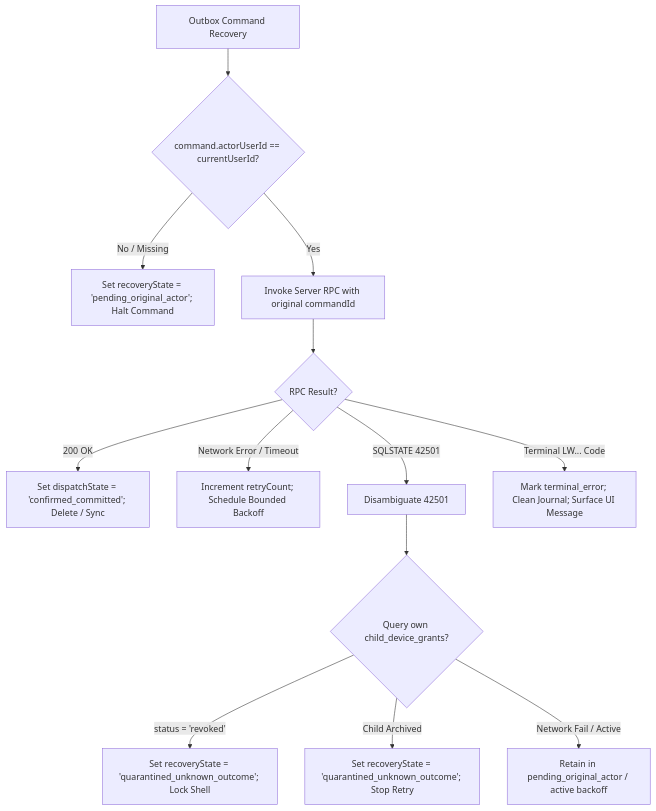
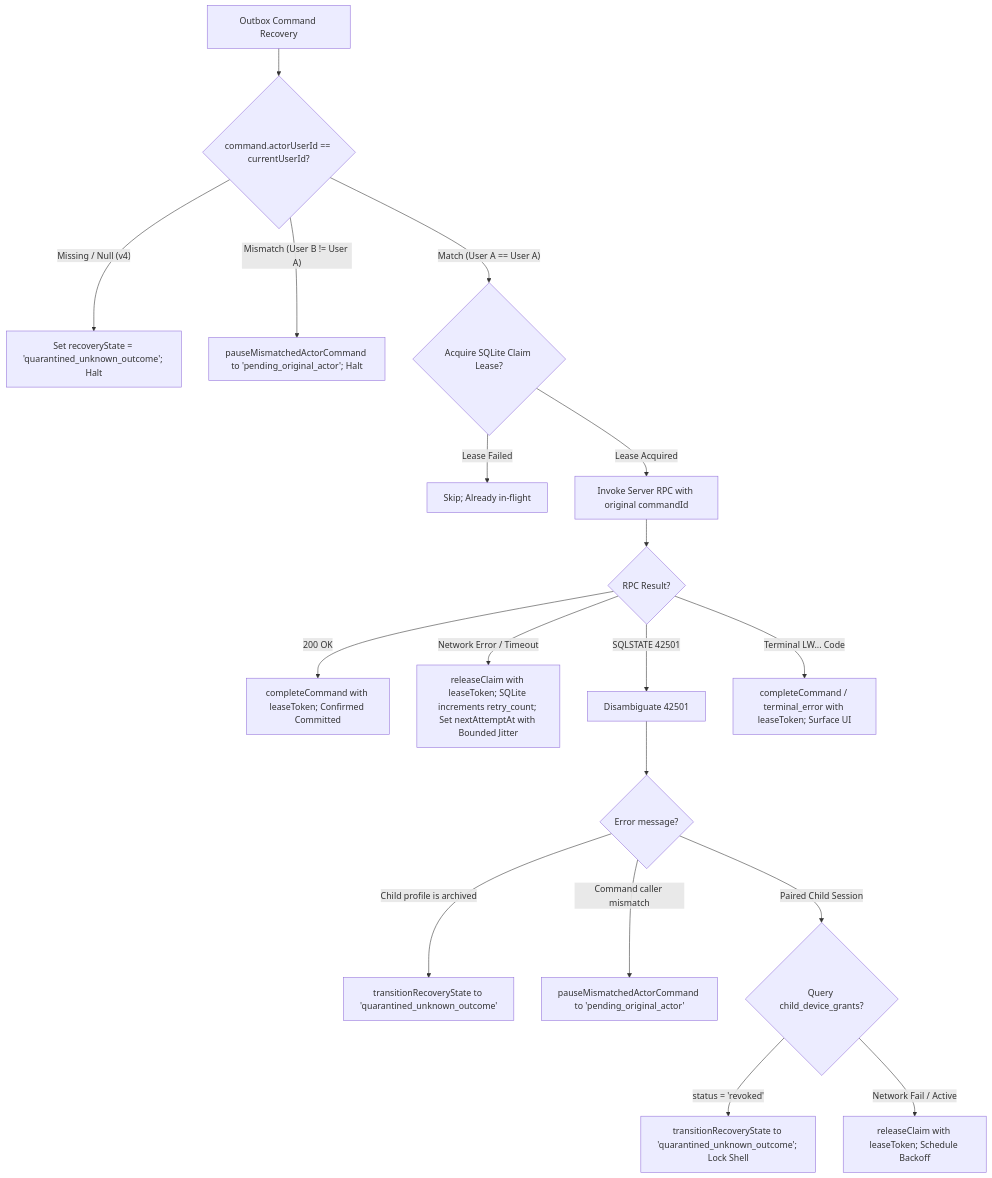
One commit to thedusk4203/LearnWard changed the second of 3 diagrams in docs/18-phase-6-actor-aware-offline-recovery-readiness-review.md. Above: the diagram before and after it, drawn with Mermaid. The commit also changed other lines of this file and 1 other file, not shown here.

First line of the commit message:
docs(phase-6): correct Drift v5 freeze errata and refine Slice 4A recovery readiness review (#22)

````diff
--- a/docs/18-phase-6-actor-aware-offline-recovery-readiness-review.md
+++ b/docs/18-phase-6-actor-aware-offline-recovery-readiness-review.md
@@ -79,17 +273,23 @@
 ```mermaid
 flowchart TD
     Start[Outbox Command Recovery] --> CheckActor{command.actorUserId == currentUserId?}
-    CheckActor -- No / Missing --> PauseActor[Set recoveryState = 'pending_original_actor'; Halt Command]
-    CheckActor -- Yes --> DispatchRPC[Invoke Server RPC with original commandId]
+    CheckActor -- Missing / Null (v4) --> QuarantineV4[Set recoveryState = 'quarantined_unknown_outcome'; Halt]
+    CheckActor -- Mismatch (User B != User A) --> PauseActor[pauseMismatchedActorCommand to 'pending_original_actor'; Halt]
+    CheckActor -- Match (User A == User A) --> CheckLease{Acquire SQLite Claim Lease?}
+    CheckLease -- Lease Failed --> Yield[Skip; Already in-flight]
+    CheckLease -- Lease Acquired --> DispatchRPC[Invoke Server RPC with original commandId]
     
     DispatchRPC --> CheckResult{RPC Result?}
-    CheckResult -- 200 OK --> CommitSuccess[Set dispatchState = 'confirmed_committed'; Delete / Sync]
-    CheckResult -- Network Error / Timeout --> Backoff[Increment retryCount; Schedule Bounded Backoff]
+    CheckResult -- 200 OK --> CommitSuccess[completeCommand with leaseToken; Confirmed Committed]
+    CheckResult -- Network Error / Timeout --> Backoff[releaseClaim with leaseToken; SQLite increments retry_count; Set nextAttemptAt with Bounded Jitter]
     CheckResult -- SQLSTATE 42501 --> Disambiguate42501[Disambiguate 42501]
-    CheckResult -- Terminal LW... Code --> Terminate[Mark terminal_error; Clean Journal; Surface UI Message]
+    CheckResult -- Terminal LW... Code --> Terminate[completeCommand / terminal_error with leaseToken; Surface UI]
     
-    Disambiguate42501 --> CheckGrant{Query own child_device_grants?}
-    CheckGrant -- status = 'revoked' --> DeviceRevoked[Set recoveryState = 'quarantined_unknown_outcome'; Lock Shell]
-    CheckGrant -- Child Archived --> ChildArchived[Set recoveryState = 'quarantined_unknown_outcome'; Stop Retry]
-    CheckGrant -- Network Fail / Active --> Pause42501[Retain in pending_original_actor / active backoff]
+    Disambiguate42501 --> CheckMsg{Error message?}
+    CheckMsg -- Child profile is archived --> ChildArchived[transitionRecoveryState to 'quarantined_unknown_outcome']
+    CheckMsg -- Command caller mismatch --> PauseMismatch[pauseMismatchedActorCommand to 'pending_original_actor']
+    CheckMsg -- Paired Child Session --> CheckGrant{Query child_device_grants?}
+    
+    CheckGrant -- status = 'revoked' --> DeviceRevoked[transitionRecoveryState to 'quarantined_unknown_outcome'; Lock Shell]
+    CheckGrant -- Network Fail / Active --> PauseActive[releaseClaim with leaseToken; Schedule Backoff]
 ```
````
